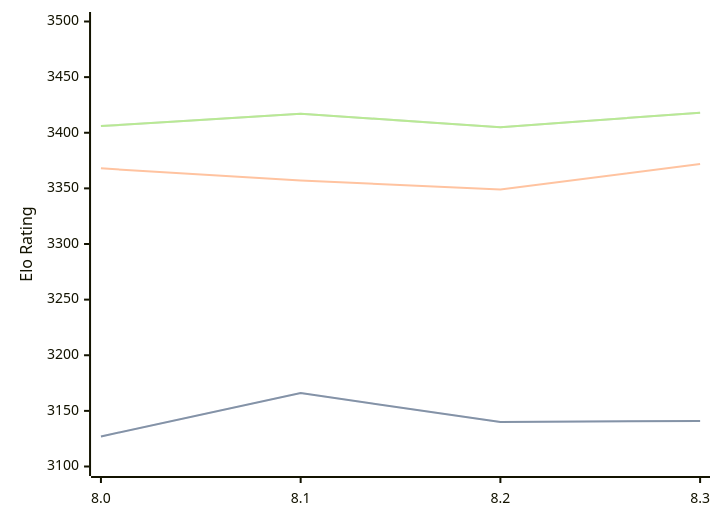
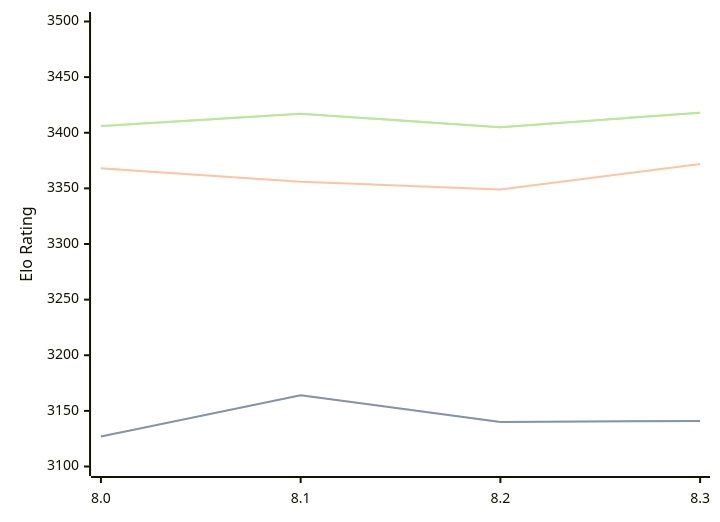
Before and after one commit to computer-chess-index/cci: the diagram in engines/Alexander.md, drawn with Mermaid. The commit also changed other lines of this file, not shown here.

````diff
--- a/engines/Alexander.md
+++ b/engines/Alexander.md
@@ -34,11 +34,11 @@
 ```mermaid
 %%{init: {"theme":"base","themeVariables":{"seriesColors:['#a3a3a3','#222221','#faa371']}}}%%
 xychart-beta
   x-axis ["8.0", "8.1", "8.2", "8.3"]
   y-axis "Elo Rating" 3100 --> 3500
-  line "STC (8.0+0.08s)" [3127, 3166, 3140, 3141]
-  line "STC (8.0+0.08s)" [3127, 3166, 3140, 3141]
-  line "LTC (60.0+0.60s)" [3368, 3357, 3349, 3372]
+  line "STC (8.0+0.08s)" [3127, 3164, 3140, 3141]
+  line "STC (8.0+0.08s)" [3127, 3164, 3140, 3141]
+  line "LTC (60.0+0.60s)" [3368, 3356, 3349, 3372]
   line "VLTC (2m24s+1.12s)" [3406, 3417, 3405, 3418]
   line "VLTC (2m24s+1.12s)" [3406, 3417, 3405, 3418]
 ```
````
